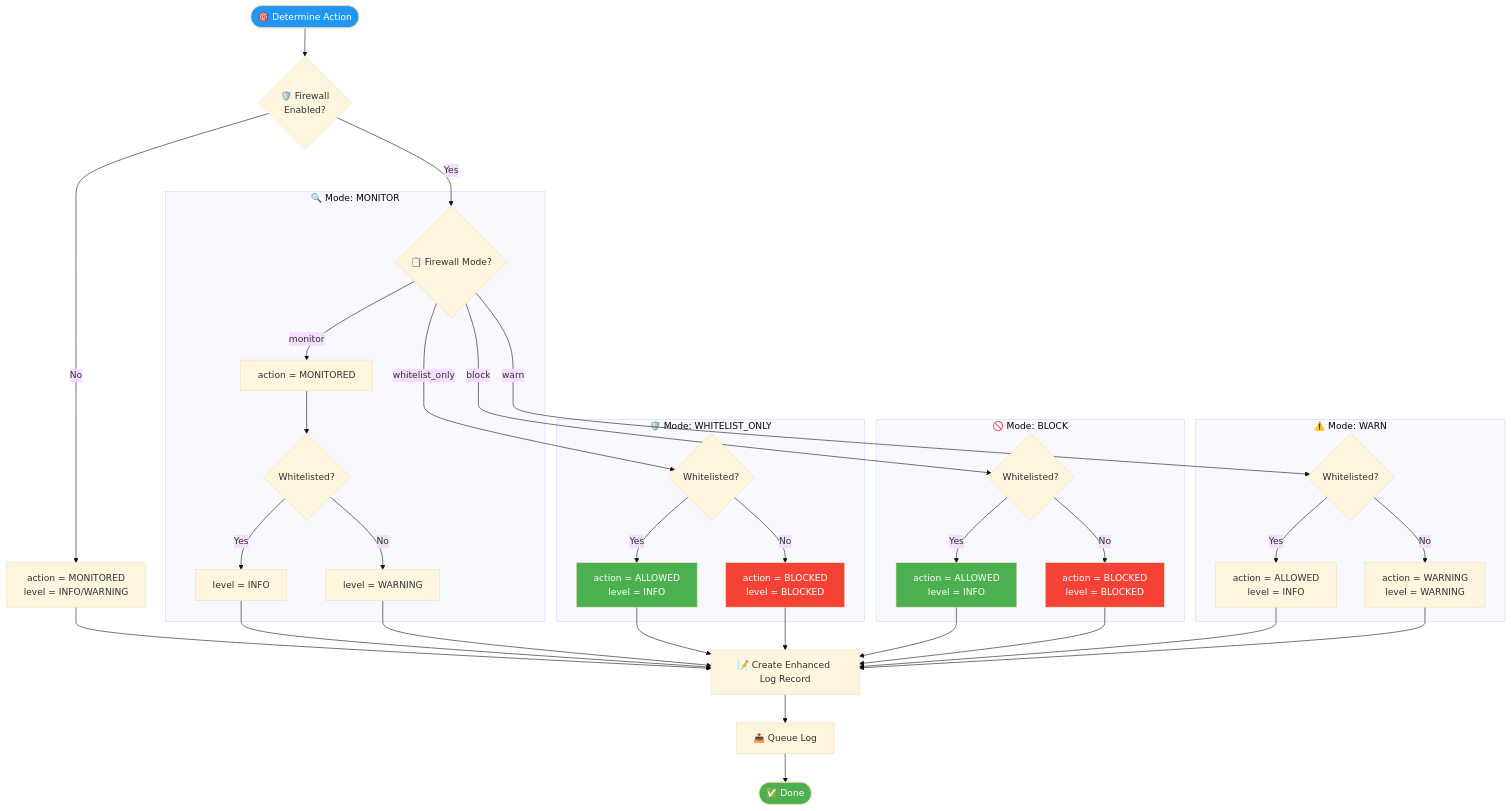
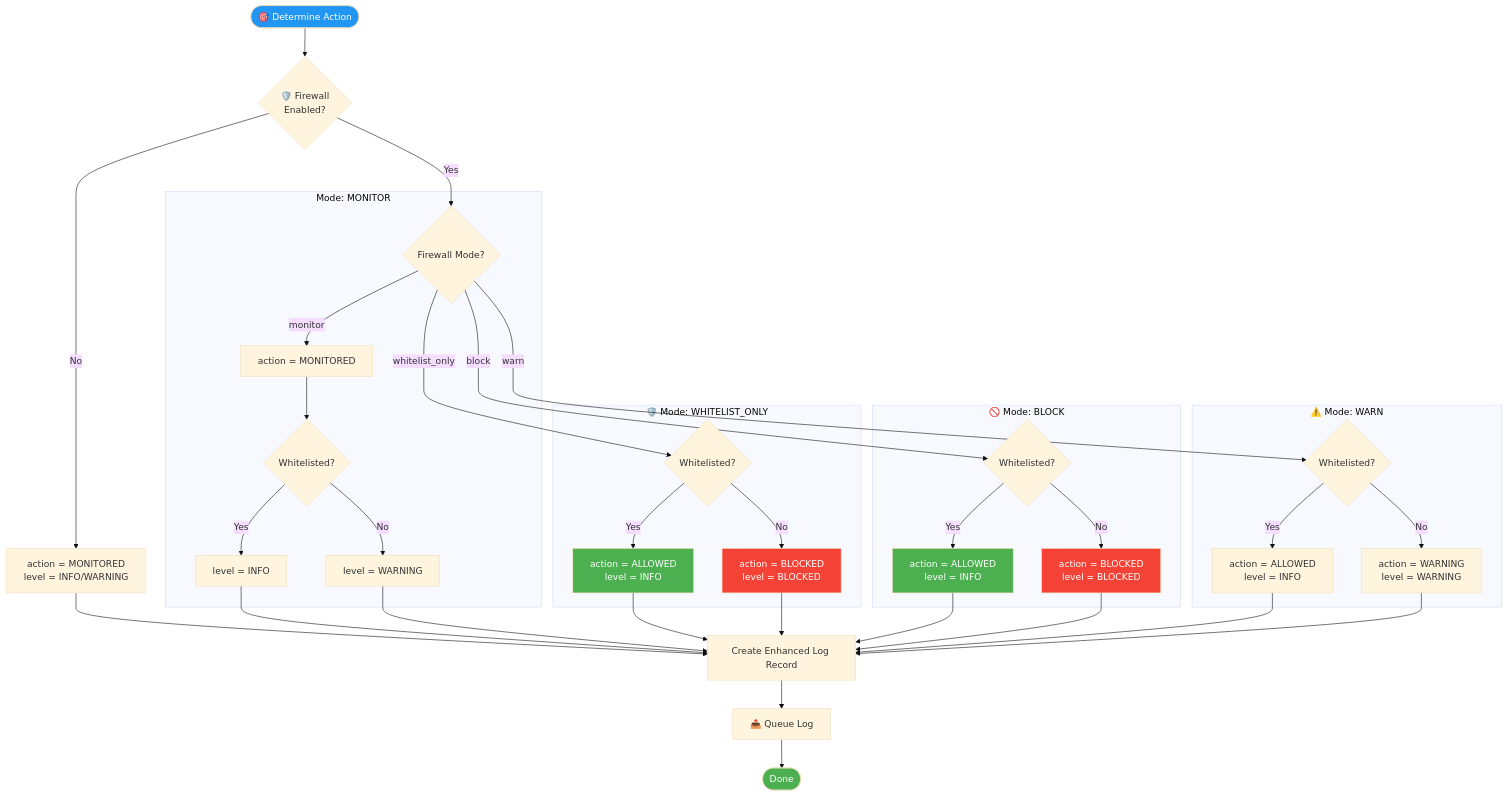
The fifth of 13 diagrams in docs/diagrams/FLOW_DIAGRAMS.md (Son0ngu/Centralized_Network_Access_Control_System_for_Computer_Labs), drawn with Mermaid (base theme) before and after one commit. The commit also changed other lines of this file and 65 other files, not shown here.

````diff
--- a/docs/diagrams/FLOW_DIAGRAMS.md
+++ b/docs/diagrams/FLOW_DIAGRAMS.md
@@ -250,53 +250,53 @@
 ```mermaid
 flowchart TD
     START([🎯 Determine Action]) --> CHECK_ENABLED{"🛡️ Firewall<br/>Enabled?"}
     
     CHECK_ENABLED --> |No| MONITOR_MODE["action = MONITORED<br/>level = INFO/WARNING"]
-    CHECK_ENABLED --> |Yes| CHECK_MODE{"📋 Firewall Mode?"}
+    CHECK_ENABLED --> |Yes| CHECK_MODE{"Firewall Mode?"}
     
-    subgraph "🔍 Mode: MONITOR"
+    subgraph "Mode: MONITOR"
         CHECK_MODE --> |monitor| M_ACTION["action = MONITORED"]
         M_ACTION --> M_LEVEL{"Whitelisted?"}
         M_LEVEL --> |Yes| M_INFO["level = INFO"]
         M_LEVEL --> |No| M_WARN["level = WARNING"]
     end
     
     subgraph "🛡️ Mode: WHITELIST_ONLY"
         CHECK_MODE --> |whitelist_only| WO_CHECK{"Whitelisted?"}
         WO_CHECK --> |Yes| WO_ALLOW["action = ALLOWED<br/>level = INFO"]
         WO_CHECK --> |No| WO_BLOCK["action = BLOCKED<br/>level = BLOCKED"]
     end
     
     subgraph "🚫 Mode: BLOCK"
         CHECK_MODE --> |block| B_CHECK{"Whitelisted?"}
         B_CHECK --> |Yes| B_ALLOW["action = ALLOWED<br/>level = INFO"]
         B_CHECK --> |No| B_BLOCK["action = BLOCKED<br/>level = BLOCKED"]
     end
     
     subgraph "⚠️ Mode: WARN"
         CHECK_MODE --> |warn| W_CHECK{"Whitelisted?"}
         W_CHECK --> |Yes| W_ALLOW["action = ALLOWED<br/>level = INFO"]
         W_CHECK --> |No| W_WARN["action = WARNING<br/>level = WARNING"]
     end
     
     MONITOR_MODE --> CREATE_LOG
     M_INFO --> CREATE_LOG
     M_WARN --> CREATE_LOG
     WO_ALLOW --> CREATE_LOG
     WO_BLOCK --> CREATE_LOG
     B_ALLOW --> CREATE_LOG
     B_BLOCK --> CREATE_LOG
     W_ALLOW --> CREATE_LOG
     W_WARN --> CREATE_LOG
     
-    CREATE_LOG["📝 Create Enhanced Log Record"]
+    CREATE_LOG["Create Enhanced Log Record"]
     CREATE_LOG --> QUEUE["📤 Queue Log"]
-    QUEUE --> END([✅ Done])
+    QUEUE --> END([Done])
     
     style START fill:#2196F3,color:#fff
     style END fill:#4CAF50,color:#fff
     style WO_BLOCK fill:#f44336,color:#fff
     style B_BLOCK fill:#f44336,color:#fff
     style WO_ALLOW fill:#4CAF50,color:#fff
     style B_ALLOW fill:#4CAF50,color:#fff
 ```
````
